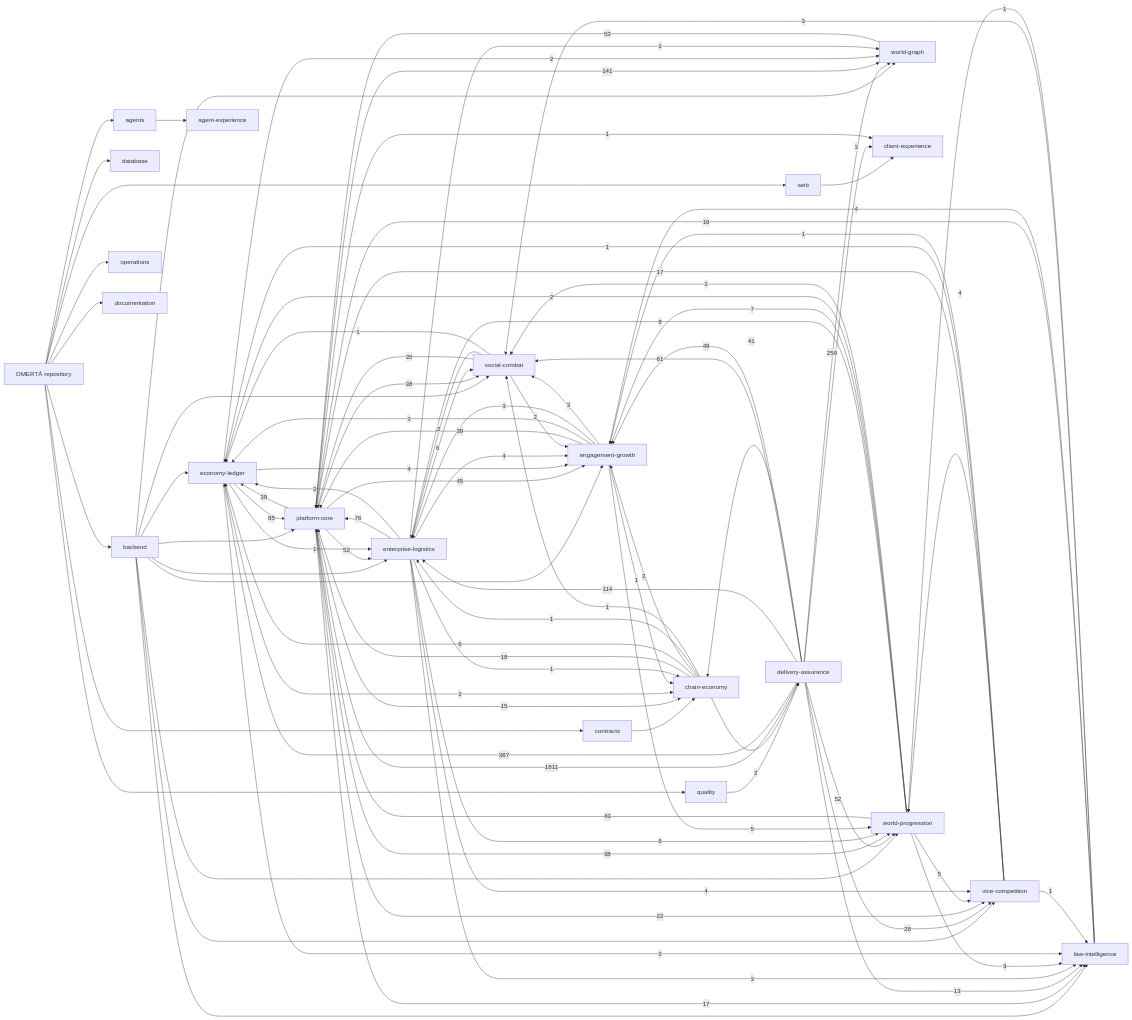
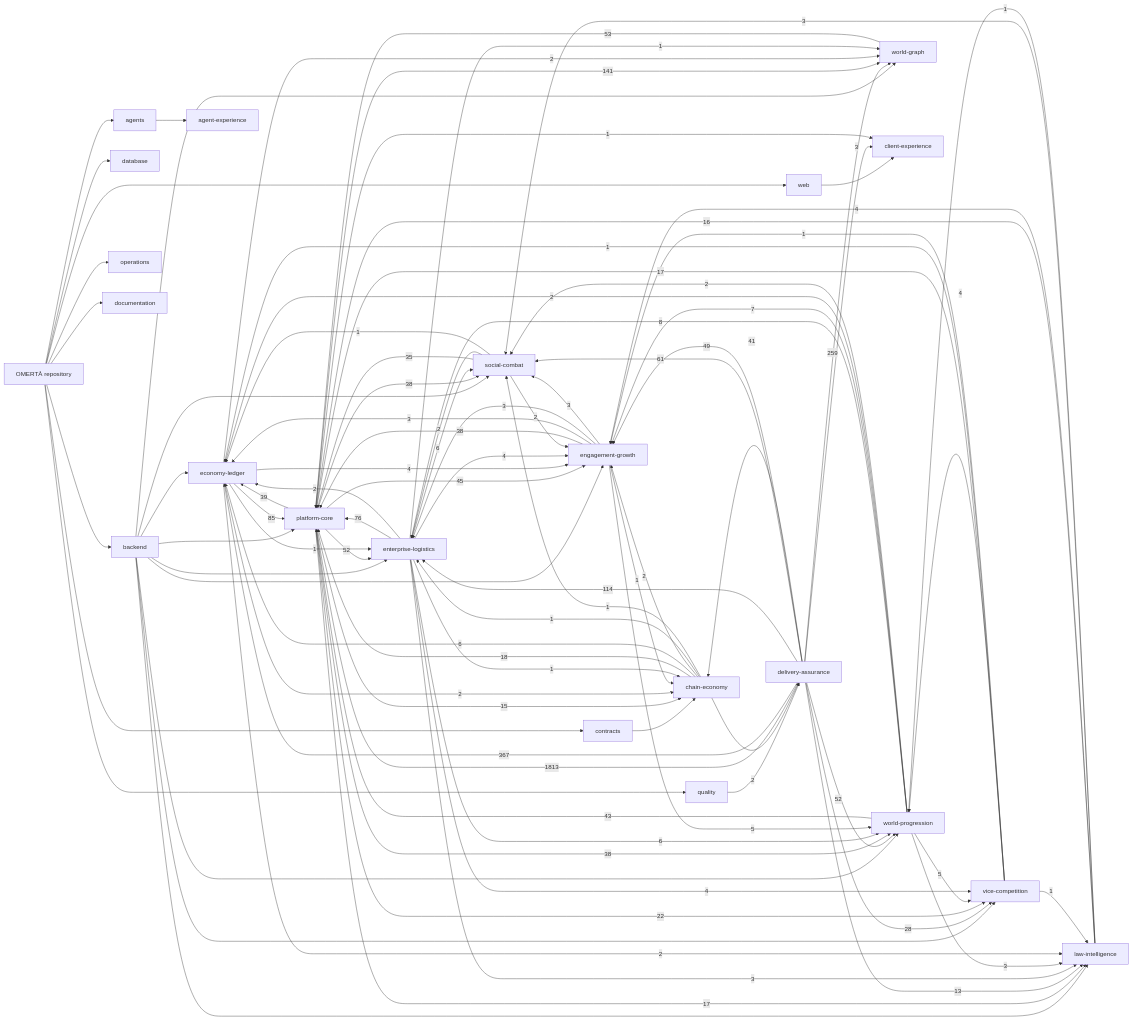
One commit to OmertaDev/Omerta changed the diagram in knowledge/generated/graph.mmd. Above: the diagram before and after it, drawn with Mermaid. The commit also changed 6 other files, not shown here.

```diff
--- a/knowledge/generated/graph.mmd
+++ b/knowledge/generated/graph.mmd
@@ -1,113 +1,113 @@
 flowchart LR
   repo["OMERTÀ repository"]
   sub_backend["backend"]
   repo --> sub_backend
   sub_database["database"]
   repo --> sub_database
   sub_web["web"]
   repo --> sub_web
   sub_contracts["contracts"]
   repo --> sub_contracts
   sub_agents["agents"]
   repo --> sub_agents
   sub_quality["quality"]
   repo --> sub_quality
   sub_operations["operations"]
   repo --> sub_operations
   sub_documentation["documentation"]
   repo --> sub_documentation
   dom_platform-core["platform-core"]
   dom_economy-ledger["economy-ledger"]
   dom_social-combat["social-combat"]
   dom_world-progression["world-progression"]
   dom_world-graph["world-graph"]
   dom_enterprise-logistics["enterprise-logistics"]
   dom_vice-competition["vice-competition"]
   dom_law-intelligence["law-intelligence"]
   dom_chain-economy["chain-economy"]
   dom_engagement-growth["engagement-growth"]
   dom_client-experience["client-experience"]
   dom_agent-experience["agent-experience"]
   dom_delivery-assurance["delivery-assurance"]
   sub_agents --> dom_agent-experience
   sub_backend --> dom_economy-ledger
   sub_backend --> dom_engagement-growth
   sub_backend --> dom_enterprise-logistics
   sub_backend --> dom_law-intelligence
   sub_backend --> dom_platform-core
   sub_backend --> dom_social-combat
   sub_backend --> dom_vice-competition
   sub_backend --> dom_world-graph
   sub_backend --> dom_world-progression
   sub_contracts --> dom_chain-economy
   sub_quality --> dom_delivery-assurance
   sub_web --> dom_client-experience
-  dom_delivery-assurance -->|1811| dom_platform-core
+  dom_delivery-assurance -->|1813| dom_platform-core
   dom_delivery-assurance -->|367| dom_economy-ledger
   dom_delivery-assurance -->|259| dom_world-graph
   dom_platform-core -->|141| dom_world-graph
   dom_delivery-assurance -->|114| dom_enterprise-logistics
   dom_economy-ledger -->|85| dom_platform-core
   dom_enterprise-logistics -->|76| dom_platform-core
   dom_delivery-assurance -->|61| dom_social-combat
   dom_world-graph -->|53| dom_platform-core
   dom_delivery-assurance -->|52| dom_world-progression
   dom_platform-core -->|52| dom_enterprise-logistics
   dom_delivery-assurance -->|49| dom_engagement-growth
   dom_platform-core -->|45| dom_engagement-growth
   dom_world-progression -->|43| dom_platform-core
   dom_delivery-assurance -->|41| dom_chain-economy
-  dom_engagement-growth -->|39| dom_platform-core
   dom_platform-core -->|39| dom_economy-ledger
+  dom_engagement-growth -->|38| dom_platform-core
   dom_platform-core -->|38| dom_social-combat
   dom_platform-core -->|38| dom_world-progression
   dom_social-combat -->|35| dom_platform-core
   dom_delivery-assurance -->|28| dom_vice-competition
   dom_platform-core -->|22| dom_vice-competition
   dom_chain-economy -->|18| dom_platform-core
   dom_platform-core -->|17| dom_law-intelligence
   dom_vice-competition -->|17| dom_platform-core
   dom_law-intelligence -->|16| dom_platform-core
   dom_platform-core -->|15| dom_chain-economy
   dom_delivery-assurance -->|13| dom_law-intelligence
   dom_world-progression -->|8| dom_enterprise-logistics
   dom_world-progression -->|7| dom_engagement-growth
   dom_chain-economy -->|6| dom_economy-ledger
   dom_enterprise-logistics -->|6| dom_social-combat
   dom_enterprise-logistics -->|6| dom_world-progression
   dom_engagement-growth -->|5| dom_world-progression
   dom_world-progression -->|5| dom_vice-competition
   dom_economy-ledger -->|4| dom_engagement-growth
   dom_enterprise-logistics -->|4| dom_engagement-growth
   dom_enterprise-logistics -->|4| dom_vice-competition
   dom_law-intelligence -->|4| dom_engagement-growth
   dom_vice-competition -->|4| dom_world-progression
   dom_delivery-assurance -->|3| dom_client-experience
   dom_engagement-growth -->|3| dom_economy-ledger
   dom_engagement-growth -->|3| dom_enterprise-logistics
   dom_engagement-growth -->|3| dom_social-combat
   dom_enterprise-logistics -->|3| dom_law-intelligence
   dom_law-intelligence -->|3| dom_social-combat
   dom_world-progression -->|3| dom_law-intelligence
   dom_chain-economy -->|2| dom_delivery-assurance
   dom_chain-economy -->|2| dom_engagement-growth
   dom_economy-ledger -->|2| dom_chain-economy
   dom_economy-ledger -->|2| dom_law-intelligence
   dom_economy-ledger -->|2| dom_world-graph
   dom_enterprise-logistics -->|2| dom_economy-ledger
   dom_social-combat -->|2| dom_engagement-growth
   dom_social-combat -->|2| dom_enterprise-logistics
   dom_world-progression -->|2| dom_economy-ledger
   dom_world-progression -->|2| dom_social-combat
   dom_chain-economy -->|1| dom_enterprise-logistics
   dom_chain-economy -->|1| dom_social-combat
   dom_economy-ledger -->|1| dom_enterprise-logistics
   dom_engagement-growth -->|1| dom_chain-economy
   dom_enterprise-logistics -->|1| dom_chain-economy
   dom_enterprise-logistics -->|1| dom_world-graph
   dom_law-intelligence -->|1| dom_world-progression
   dom_platform-core -->|1| dom_client-experience
   dom_social-combat -->|1| dom_economy-ledger
   dom_vice-competition -->|1| dom_economy-ledger
   dom_vice-competition -->|1| dom_engagement-growth
   dom_vice-competition -->|1| dom_law-intelligence
```
